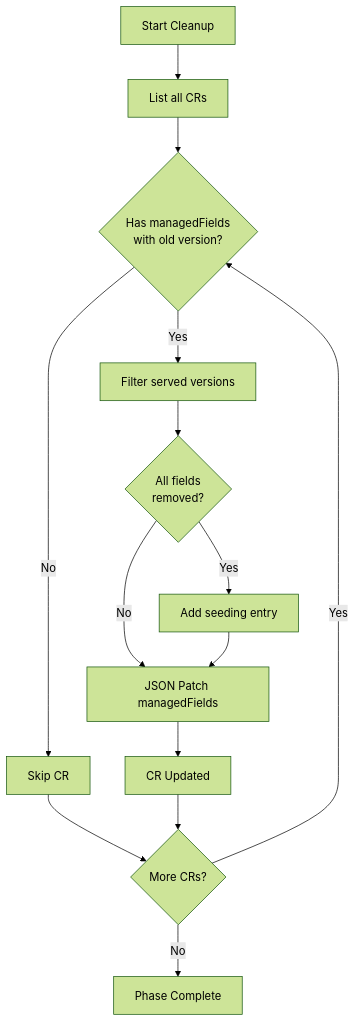
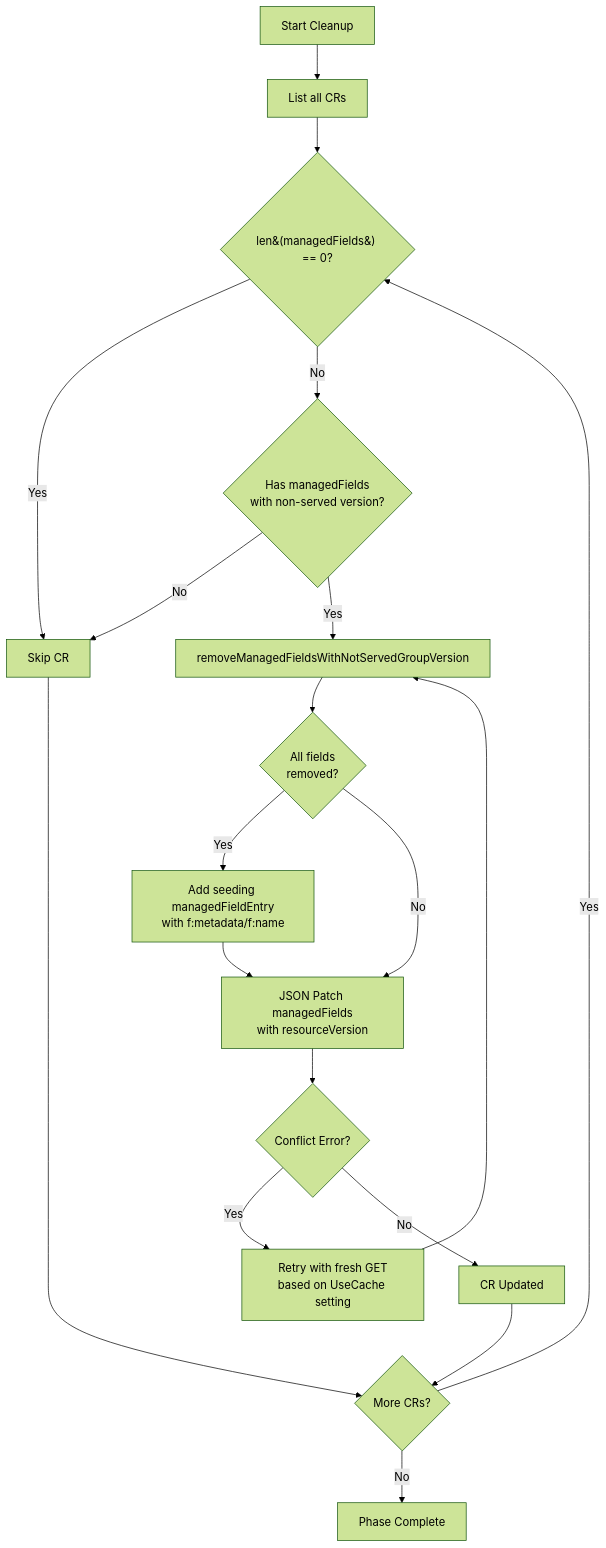
One commit to seanyen/cluster-api changed the third of 5 diagrams in ai-gen/controllers/crdmigrator-controller.md. Above: the diagram before and after it, drawn with Mermaid (forest theme). The commit also changed other lines of this file and 5 other files, not shown here.

````diff
--- a/ai-gen/controllers/crdmigrator-controller.md
+++ b/ai-gen/controllers/crdmigrator-controller.md
@@ -102,22 +113,29 @@
 ```mermaid
 flowchart TD
     Start[Start Cleanup] --> List[List all CRs]
-    List --> Check{Has managedFields<br/>with old version?}
+    List --> CheckEmpty{len&#40;managedFields&#41; == 0?}
     
-    Check -->|No| Skip[Skip CR]
-    Check -->|Yes| Filter[Filter served versions]
+    CheckEmpty -->|Yes| Skip[Skip CR]
+    CheckEmpty -->|No| Check{Has managedFields<br/>with non-served version?}
+    
+    Check -->|No| Skip
+    Check -->|Yes| Filter[removeManagedFieldsWithNotServedGroupVersion]
     
     Filter --> Empty{All fields<br/>removed?}
     
-    Empty -->|Yes| Seed[Add seeding entry]
-    Empty -->|No| Patch[JSON Patch managedFields]
+    Empty -->|Yes| Seed[Add seeding managedFieldEntry<br/>with f:metadata/f:name]
+    Empty -->|No| Patch[JSON Patch managedFields<br/>with resourceVersion]
     
     Seed --> Patch
-    Patch --> Done[CR Updated]
+    Patch --> Conflict{Conflict Error?}
+    
+    Conflict -->|Yes| Retry[Retry with fresh GET<br/>based on UseCache setting]
+    Conflict -->|No| Done[CR Updated]
+    Retry --> Filter
     
     Skip --> Next{More CRs?}
     Done --> Next
     
-    Next -->|Yes| Check
+    Next -->|Yes| CheckEmpty
     Next -->|No| Complete[Phase Complete]
 ```
````
